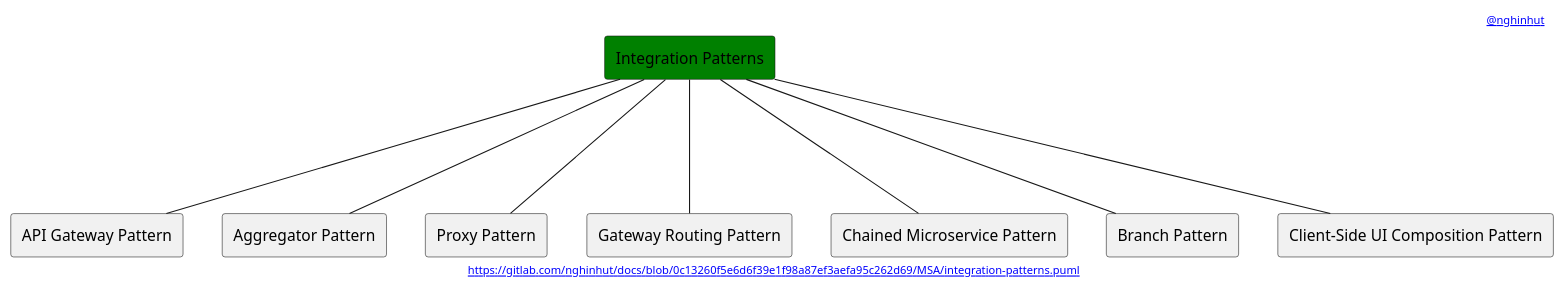
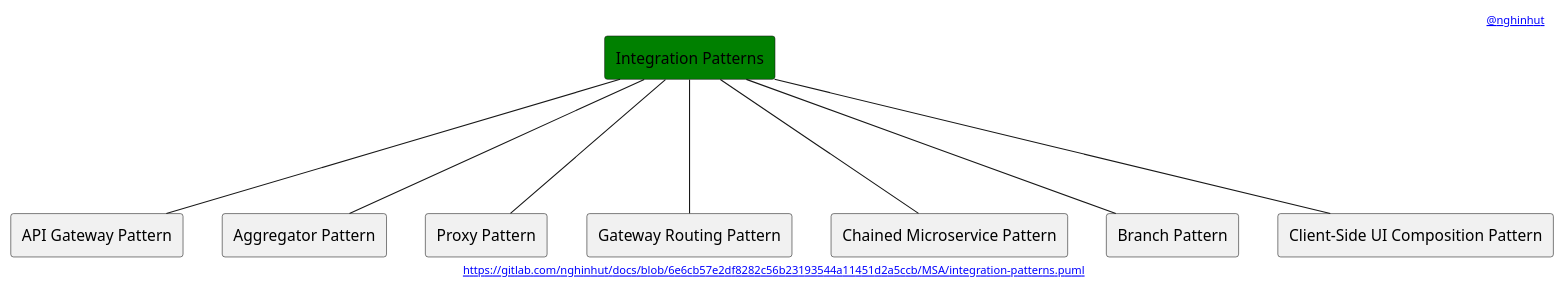
One commit to nghinhut/docs changed the diagram in MSA/integration-patterns.puml. Above: the diagram before and after it, drawn with PlantUML. The commit also changed 32 other files, not shown here.

```diff
--- a/MSA/integration-patterns.puml
+++ b/MSA/integration-patterns.puml
@@ -1,24 +1,24 @@
 @startuml
 '-----START auto generated metadata please keep comment here to allow auto update-----
 '-----DON'T EDIT THIS SECTION, INSTEAD RE-RUN prebuild.sh TO UPDATE-----
-header [[https://www.nghinhut.dev?from=http%5C%3A%5C%2F%5C%2Fwww%5C.plantuml%5C.com%5C%2Fplantuml%5C%2Fproxy%3Ffmt%3Dsvg%5C%26src%3Dhttps%5C%3A%5C%2F%5C%2Fgitlab%5C.com%5C%2Fnghinhut%5C%2Fdocs%5C%2Fraw%5C%2F0c13260f5e6d6f39e1f98a87ef3aefa95c262d69%5C%2FMSA%5C%2Fintegration-patterns%5C.puml%0A @nghinhut]]
-footer [[http://www.plantuml.com/plantuml/proxy?fmt=svg&src=https://gitlab.com/nghinhut/docs/raw/0c13260f5e6d6f39e1f98a87ef3aefa95c262d69/MSA/integration-patterns.puml https://gitlab.com/nghinhut/docs/blob/0c13260f5e6d6f39e1f98a87ef3aefa95c262d69/MSA/integration-patterns.puml]]
+header [[https://www.nghinhut.dev?from=http%5C%3A%5C%2F%5C%2Fwww%5C.plantuml%5C.com%5C%2Fplantuml%5C%2Fproxy%3Ffmt%3Dsvg%5C%26src%3Dhttps%5C%3A%5C%2F%5C%2Fgitlab%5C.com%5C%2Fnghinhut%5C%2Fdocs%5C%2Fraw%5C%2F6e6cb57e2df8282c56b23193544a11451d2a5ccb%5C%2FMSA%5C%2Fintegration-patterns%5C.puml%0A @nghinhut]]
+footer [[http://www.plantuml.com/plantuml/proxy?fmt=svg&src=https://gitlab.com/nghinhut/docs/raw/6e6cb57e2df8282c56b23193544a11451d2a5ccb/MSA/integration-patterns.puml https://gitlab.com/nghinhut/docs/blob/6e6cb57e2df8282c56b23193544a11451d2a5ccb/MSA/integration-patterns.puml]]
 '-----END auto generated metadata please keep comment here to allow auto update-----
 
 rectangle "Integration Patterns" as Integration #green
 
 rectangle "API Gateway Pattern" as IntegrationP1
 rectangle "Aggregator Pattern" as IntegrationP2
 rectangle "Proxy Pattern" as IntegrationP3
 rectangle "Gateway Routing Pattern" as IntegrationP4
 rectangle "Chained Microservice Pattern" as IntegrationP5
 rectangle "Branch Pattern" as IntegrationP6
 rectangle "Client-Side UI Composition Pattern" as IntegrationP7
 Integration --- IntegrationP1
 Integration --- IntegrationP2
 Integration --- IntegrationP3
 Integration --- IntegrationP4
 Integration --- IntegrationP5
 Integration --- IntegrationP6
 Integration --- IntegrationP7
 @enduml
```
